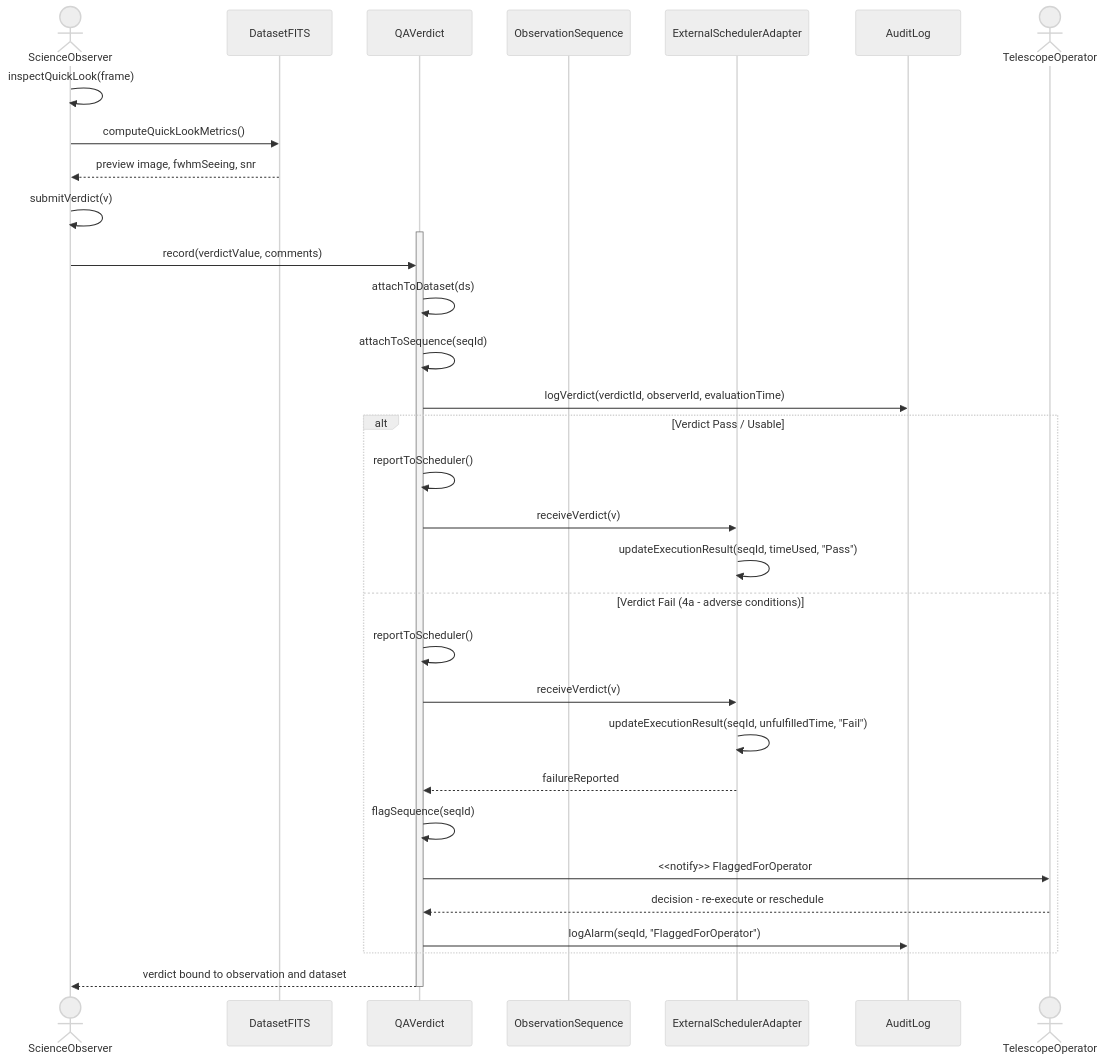
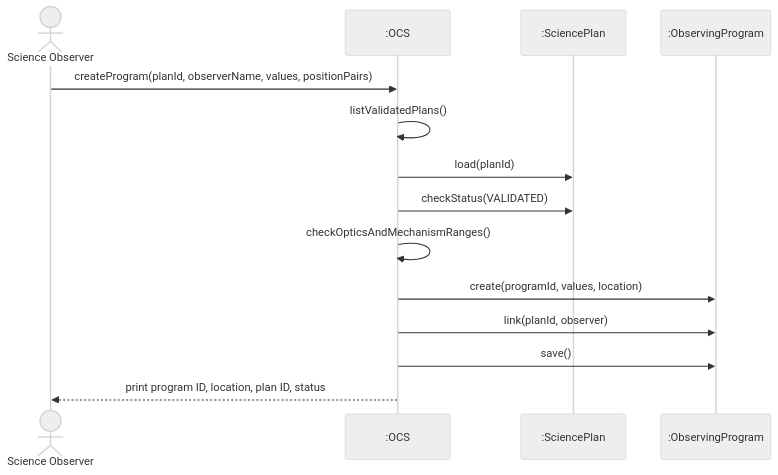
Before and after one commit to Sor117/nhoomalee-yaak-du-dao: diagram 11 of 11 in AZERTY_D3_Complete_Analysis.md, drawn with Mermaid (neutral theme). The commit also changed other lines of this file and 27 other files, not shown here.

````diff
--- a/AZERTY_D3_Complete_Analysis.md
+++ b/AZERTY_D3_Complete_Analysis.md
@@ -717,41 +474,17 @@
 ```mermaid
 sequenceDiagram
-    actor SO as ScienceObserver
-    participant DS as DatasetFITS
-    participant QV as QAVerdict
-    participant SEQ as ObservationSequence
-    participant ES as ExternalSchedulerAdapter
-    participant AL as AuditLog
-    actor OP as TelescopeOperator
+    actor OBS as Science Observer
+    participant OCS as :OCS
+    participant PLAN as :SciencePlan
+    participant PROG as :ObservingProgram
 
-    SO->>SO: inspectQuickLook(frame)
-    SO->>DS: computeQuickLookMetrics()
-    DS-->>SO: preview image, fwhmSeeing, snr
-
-    SO->>SO: submitVerdict(v)
-
-    activate QV
-    SO->>QV: record(verdictValue, comments)
-    QV->>QV: attachToDataset(ds)
-    QV->>QV: attachToSequence(seqId)
-    QV->>AL: logVerdict(verdictId, observerId, evaluationTime)
-
-    alt Verdict Pass / Usable
-        QV->>QV: reportToScheduler()
-        QV->>ES: receiveVerdict(v)
-        ES->>ES: updateExecutionResult(seqId, timeUsed, "Pass")
-    else Verdict Fail (4a - adverse conditions)
-        QV->>QV: reportToScheduler()
-        QV->>ES: receiveVerdict(v)
-        ES->>ES: updateExecutionResult(seqId, unfulfilledTime, "Fail")
-        ES -->> QV: failureReported
-        QV->>QV: flagSequence(seqId)
-        QV->>OP: <<notify>> FlaggedForOperator
-        OP-->>QV: decision - re-execute or reschedule
-        QV->>AL: logAlarm(seqId, "FlaggedForOperator")
-    end
-
-    QV-->>SO: verdict bound to observation and dataset
-    deactivate QV
-
+    OBS->>OCS: createProgram(planId, observerName, values, positionPairs)
+    OCS->>OCS: listValidatedPlans()
+    OCS->>PLAN: load(planId)
+    OCS->>PLAN: checkStatus(VALIDATED)
+    OCS->>OCS: checkOpticsAndMechanismRanges()
+    OCS->>PROG: create(programId, values, location)
+    OCS->>PROG: link(planId, observer)
+    OCS->>PROG: save()
+    OCS-->>OBS: print program ID, location, plan ID, status
 ```
````
